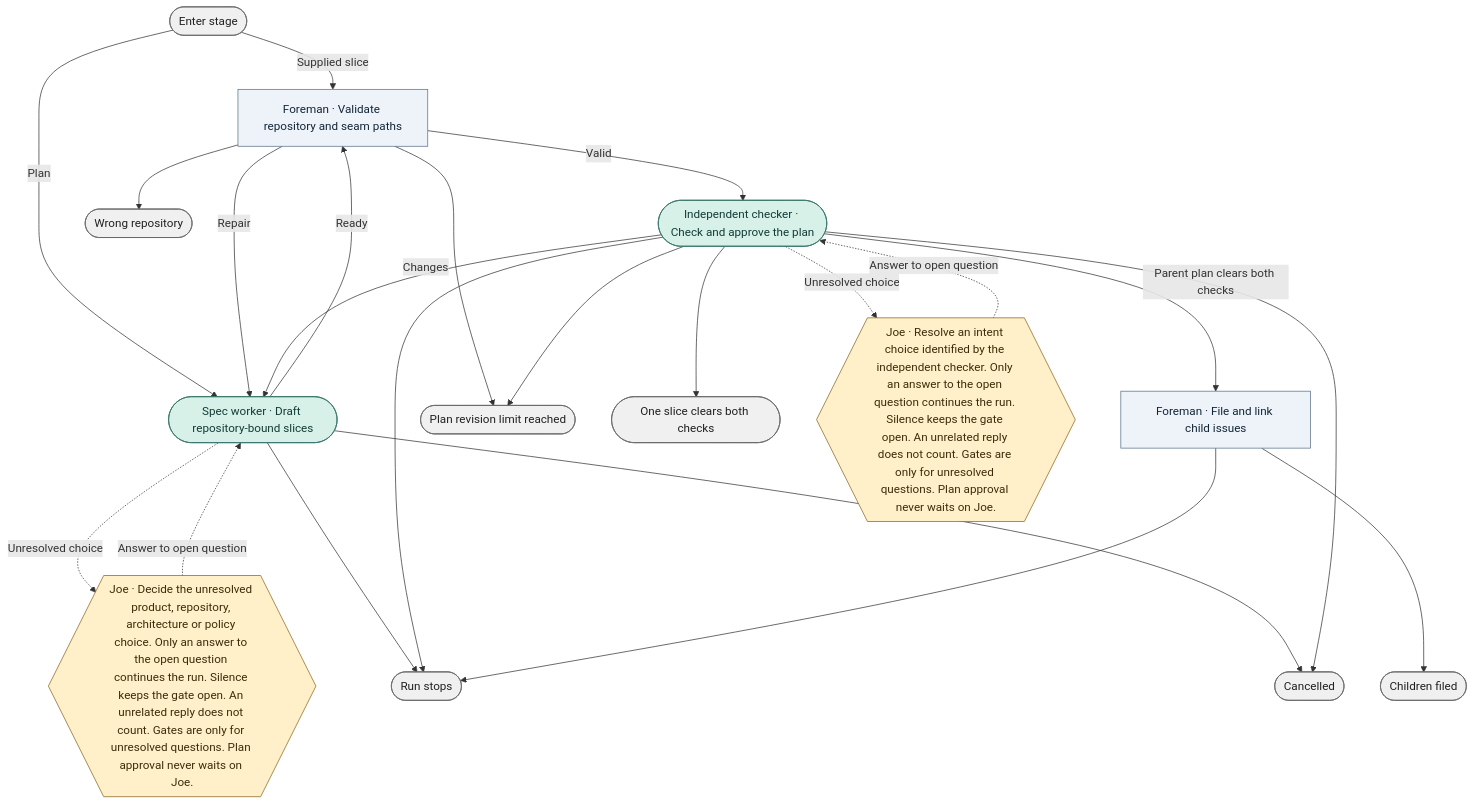
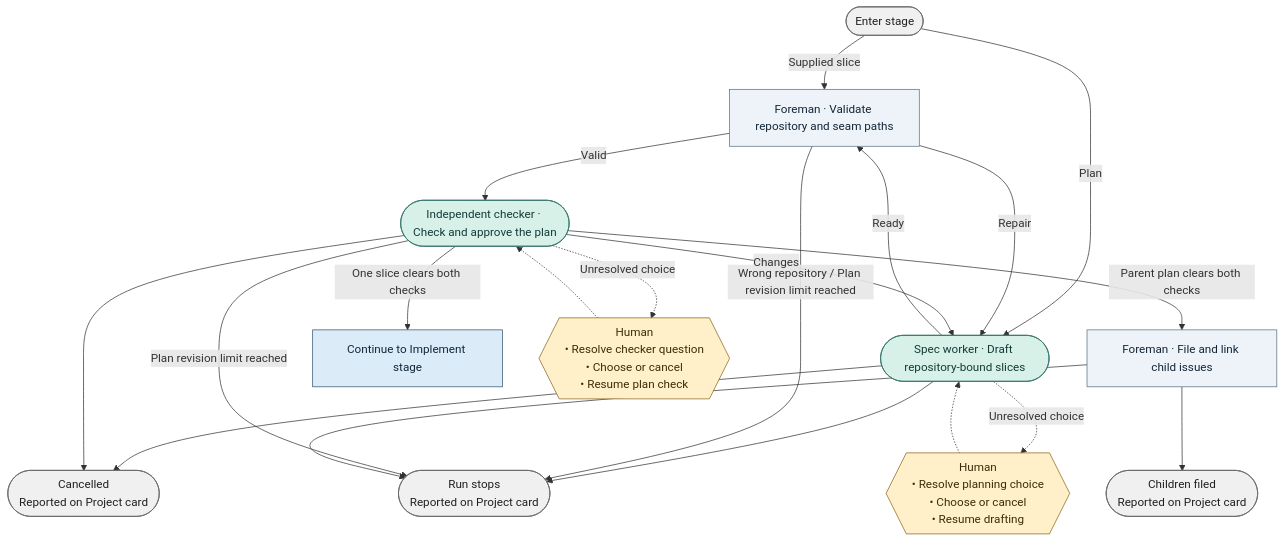
Before and after one commit to bookout-labs/tools: the diagram in docs/graph/blueprint/views/stages/spec.mmd, drawn with Mermaid. The commit also changed 37 other files, not shown here.

Commit message:
Clarify blueprint gates, stage exits, and system context

```diff
--- a/docs/graph/blueprint/views/stages/spec.mmd
+++ b/docs/graph/blueprint/views/stages/spec.mmd
@@ -1,40 +1,36 @@
 flowchart TD
     n0(["Enter stage"]):::terminal
     n1(["Spec worker · Draft repository-bound slices"]):::worker
     n2["Foreman · Validate repository and seam paths"]:::step
     n3(["Independent checker · Check and approve the plan"]):::worker
     n4["Foreman · File and link child issues"]:::step
-    n5(["Cancelled"]):::terminal
-    n6(["Run stops"]):::terminal
-    n7(["Wrong repository"]):::terminal
-    n8(["Plan revision limit reached"]):::terminal
-    n9(["One slice clears both checks"]):::terminal
-    n10(["Children filed"]):::terminal
-    n11{{"Joe · Decide the unresolved product, repository, architecture or policy choice. Only an answer to the open question continues the run. Silence keeps the gate open. An unrelated reply does not count. Gates are only for unresolved questions. Plan approval never waits on Joe."}}:::gate
-    n12{{"Joe · Resolve an intent choice identified by the independent checker. Only an answer to the open question continues the run. Silence keeps the gate open. An unrelated reply does not count. Gates are only for unresolved questions. Plan approval never waits on Joe."}}:::gate
+    n5(["Cancelled<br/>Reported on Project card"]):::terminal
+    n6(["Run stops<br/>Reported on Project card"]):::terminal
+    n7["Continue to Implement stage"]:::stage
+    n8(["Children filed<br/>Reported on Project card"]):::terminal
+    n9{{"Human<br/>• Resolve planning choice<br/>• Choose or cancel<br/>• Resume drafting"}}:::gate
+    n10{{"Human<br/>• Resolve checker question<br/>• Choose or cancel<br/>• Resume plan check"}}:::gate
     n0 -->|"Supplied slice"| n2
     n0 -->|"Plan"| n1
     n1 -->|"Ready"| n2
     n1 --> n5
     n1 --> n6
-    n2 --> n7
-    n2 --> n8
+    n2 -->|"Wrong repository / Plan revision limit reached"| n6
     n2 -->|"Repair"| n1
     n2 -->|"Valid"| n3
-    n3 --> n8
+    n3 -->|"Plan revision limit reached"| n6
     n3 -->|"Changes"| n1
     n3 --> n5
-    n3 --> n9
+    n3 -->|"One slice clears both checks"| n7
     n3 -->|"Parent plan clears both checks"| n4
-    n3 --> n6
-    n4 --> n10
+    n4 --> n8
     n4 --> n6
-    n1 -.->|"Unresolved choice"| n11
-    n11 -.->|"Answer to open question"| n1
-    n3 -.->|"Unresolved choice"| n12
-    n12 -.->|"Answer to open question"| n3
+    n1 -.->|"Unresolved choice"| n9
+    n9 -.-> n1
+    n3 -.->|"Unresolved choice"| n10
+    n10 -.-> n3
     classDef stage fill:#dcebf8,stroke:#315675,color:#10283b
     classDef step fill:#edf3f8,stroke:#597187,color:#132638
     classDef worker fill:#d7f0e8,stroke:#357369,color:#133c36
     classDef gate fill:#fff0c9,stroke:#89641f,color:#3f2b0b
     classDef terminal fill:#f0f0f0,stroke:#666666,color:#202020
```
